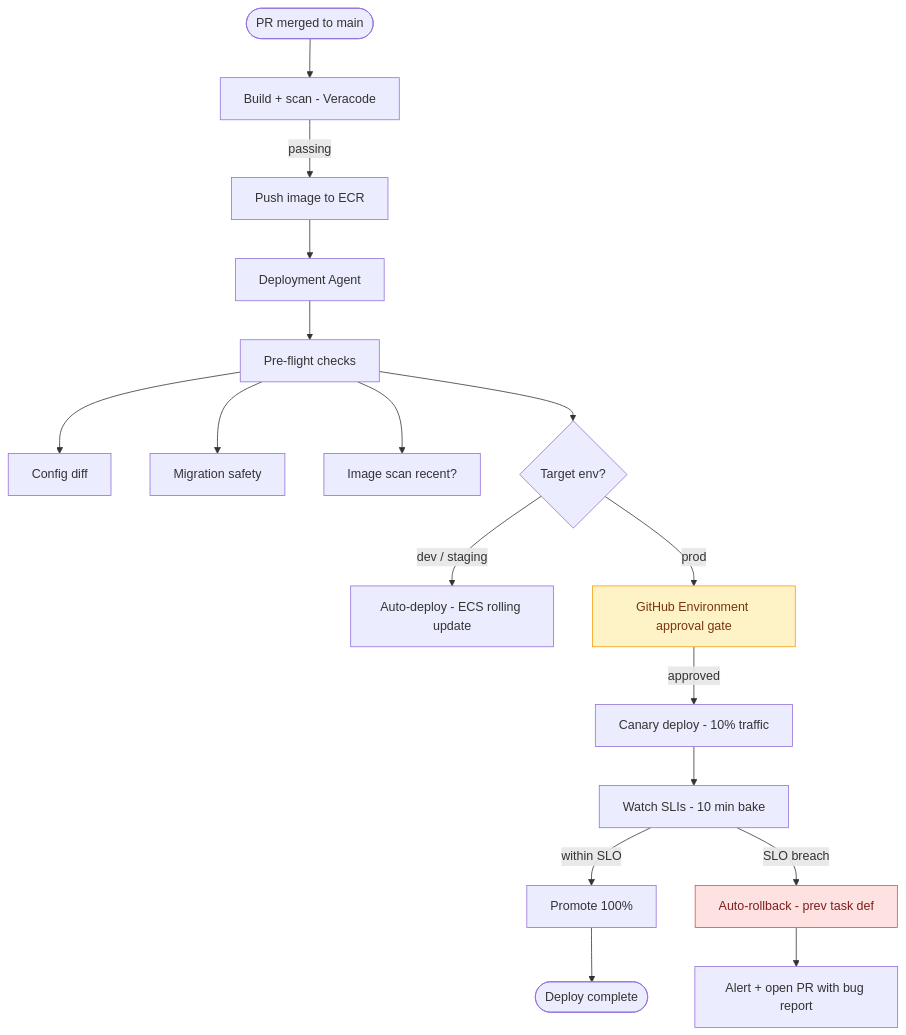
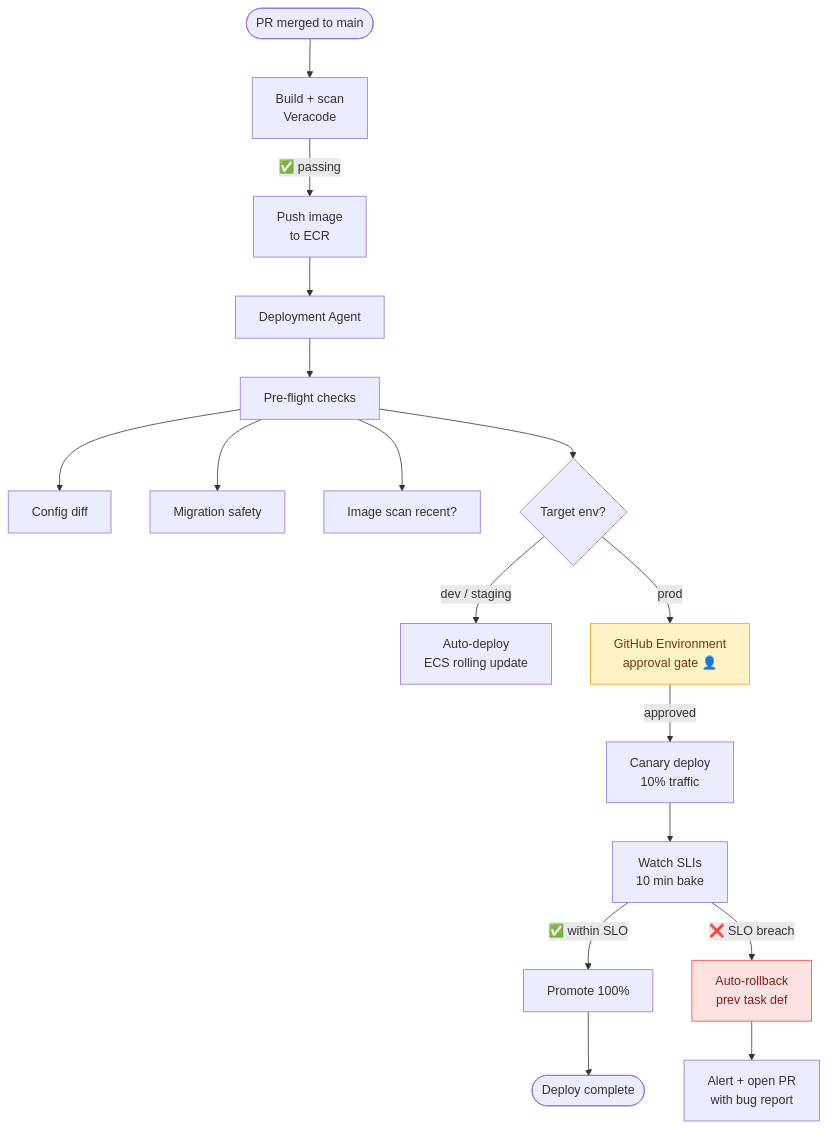
One commit to aba-d/demogitactions changed the tenth of 13 diagrams in DevOps Agent Learning.md. Above: the diagram before and after it, drawn with Mermaid. The commit also changed other lines of this file, not shown here.

````diff
--- a/DevOps Agent Learning.md
+++ b/DevOps Agent Learning.md
@@ -727,28 +1005,28 @@
 ```mermaid
 flowchart TD
-    PR([PR merged to main]) --> BUILD[Build + scan - Veracode]
-    BUILD -->|passing| PUSH[Push image to ECR]
+    PR([PR merged to main]) --> BUILD["Build + scan<br/>Veracode"]
+    BUILD -->|✅ passing| PUSH["Push image<br/>to ECR"]
     PUSH --> AGENT[Deployment Agent]
 
     AGENT --> PRE[Pre-flight checks]
     PRE --> CFGDIFF[Config diff]
     PRE --> MIGSAFE[Migration safety]
     PRE --> IMGSCAN[Image scan recent?]
 
     PRE --> ENV{Target env?}
 
-    ENV -->|dev / staging| AUTODEPLOY[Auto-deploy - ECS rolling update]
-    ENV -->|prod| APPROVE[GitHub Environment approval gate]
+    ENV -->|dev / staging| AUTODEPLOY["Auto-deploy<br/>ECS rolling update"]
+    ENV -->|prod| APPROVE["GitHub Environment<br/>approval gate 👤"]
 
-    APPROVE -->|approved| CANARY[Canary deploy - 10% traffic]
+    APPROVE -->|approved| CANARY["Canary deploy<br/>10% traffic"]
 
-    CANARY --> WATCH[Watch SLIs - 10 min bake]
-    WATCH -->|within SLO| PROMOTE[Promote 100%]
-    WATCH -->|SLO breach| ROLLBACK[Auto-rollback - prev task def]
+    CANARY --> WATCH["Watch SLIs<br/>10 min bake"]
+    WATCH -->|✅ within SLO| PROMOTE[Promote 100%]
+    WATCH -->|❌ SLO breach| ROLLBACK["Auto-rollback<br/>prev task def"]
 
     PROMOTE --> DONE([Deploy complete])
-    ROLLBACK --> ALERT[Alert + open PR with bug report]
+    ROLLBACK --> ALERT["Alert + open PR<br/>with bug report"]
 
     style APPROVE fill:#fef3c7,stroke:#f59e0b,color:#78350f
     style ROLLBACK fill:#fee2e2,stroke:#ef4444,color:#7f1d1d
 ```
````
